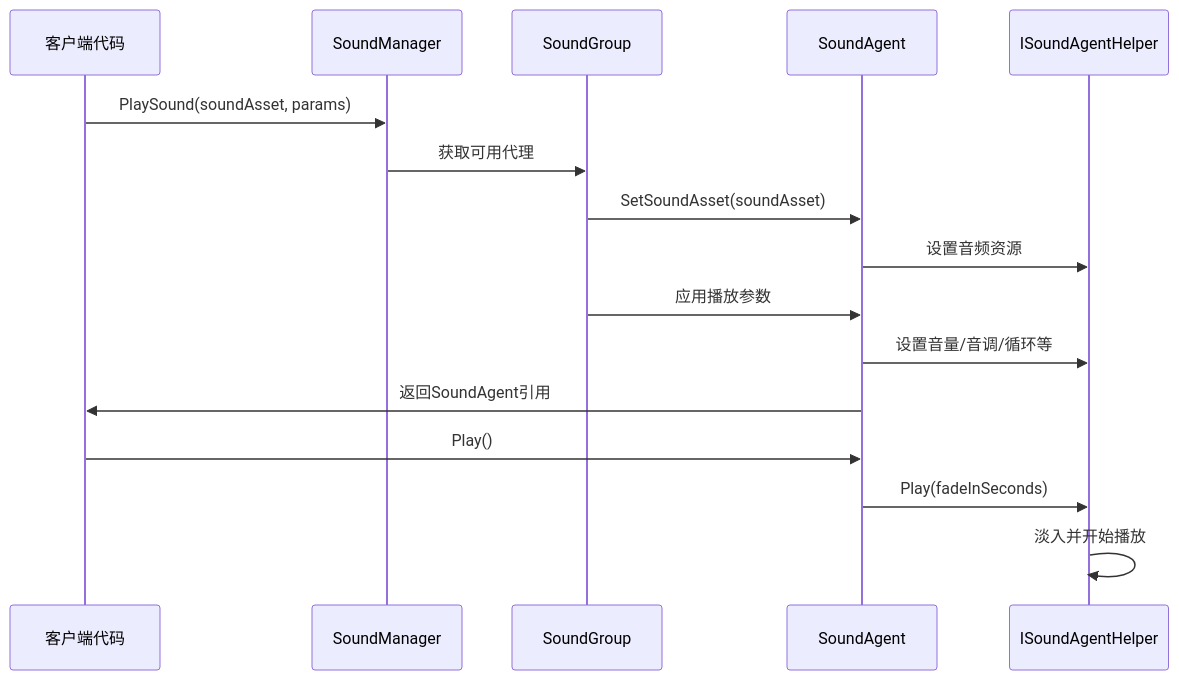
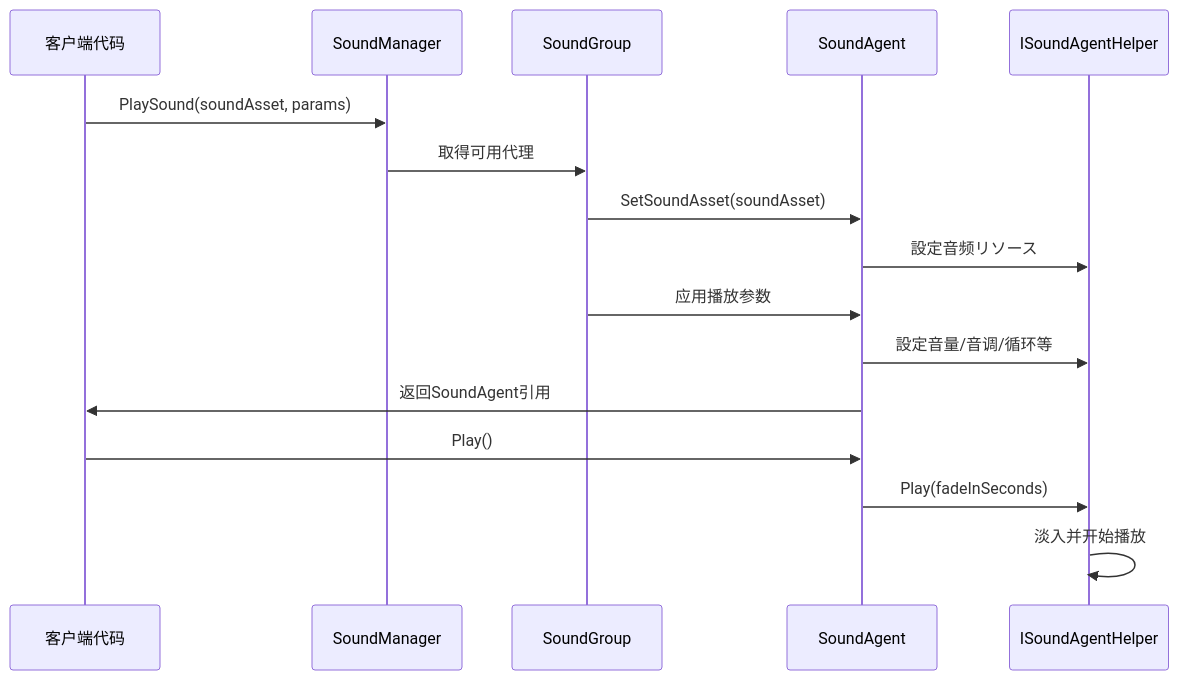
Before and after one commit to AlianBlank/GameFrameX.Docs: the third of 4 diagrams in docs/ja/client/unity/component/sound/07.sound-agent.md, drawn with Mermaid. The commit also changed other lines of this file and 603 other files, not shown here.

````diff
--- a/docs/ja/client/unity/component/sound/07.sound-agent.md
+++ b/docs/ja/client/unity/component/sound/07.sound-agent.md
@@ -257,19 +257,19 @@
 ```mermaid
 sequenceDiagram
     participant Client as 客户端代码
     participant SM as SoundManager
     participant SG as SoundGroup
     participant SA as SoundAgent
     participant SAH as ISoundAgentHelper
 
     Client->>SM: PlaySound(soundAsset, params)
-    SM->>SG: 获取可用代理
+    SM->>SG: 取得可用代理
     SG->>SA: SetSoundAsset(soundAsset)
-    SA->>SAH: 设置音频资源
+    SA->>SAH: 設定音频リソース
     SG->>SA: 应用播放参数
-    SA->>SAH: 设置音量/音调/循环等
+    SA->>SAH: 設定音量/音调/循环等
     SA->>Client: 返回SoundAgent引用
     Client->>SA: Play()
     SA->>SAH: Play(fadeInSeconds)
     SAH->>SAH: 淡入并开始播放
 ```
````
